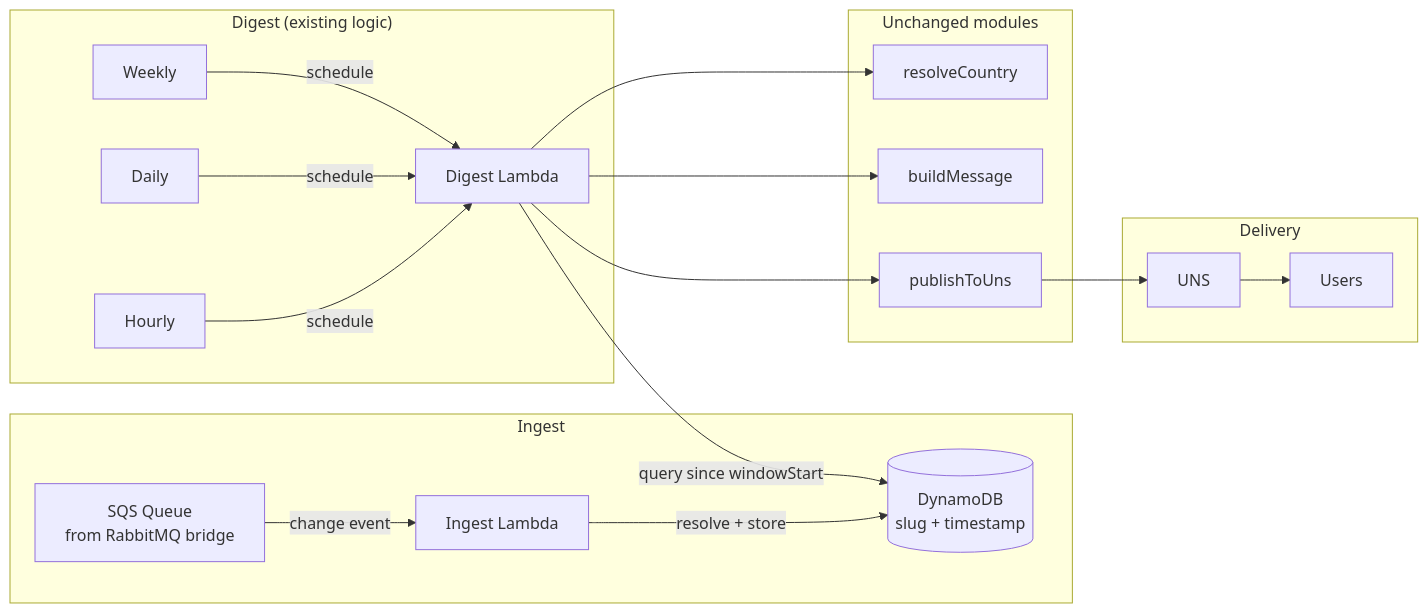
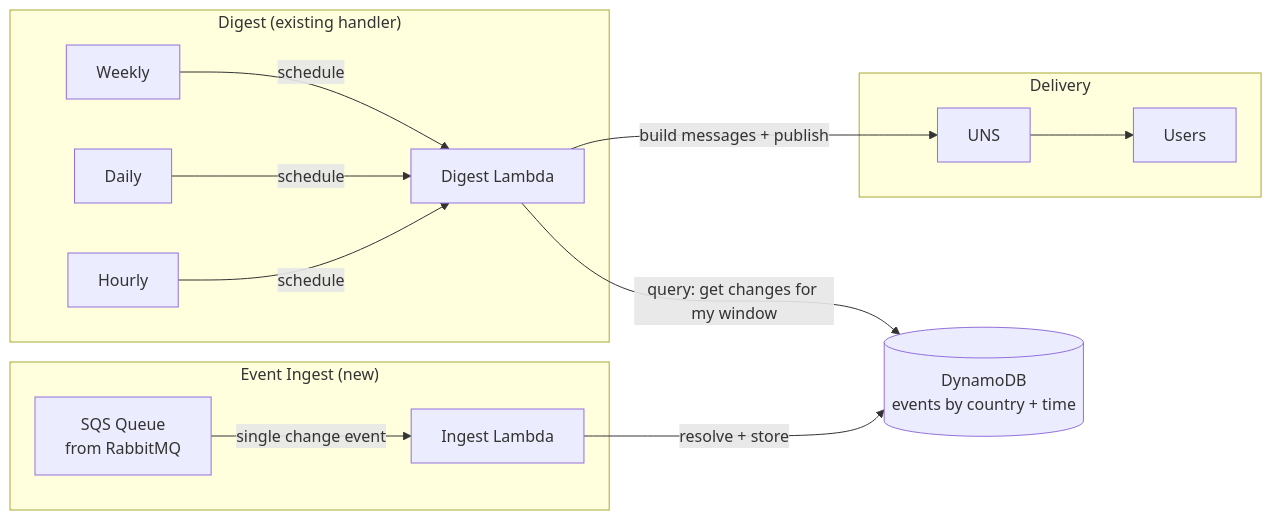
The second of 2 diagrams in README.md (govuk-once/events-aggregator), drawn with Mermaid before and after one commit. The commit also changed other lines of this file, not shown here.

Commit message:
docs: rewrite future architecture — event-sourced DynamoDB pattern
The push model is simpler than originally drawn: events arrive
individually and accumulate in DynamoDB. The digest Lambda replaces
two GOV.UK API calls with one DynamoDB query ("get changes for my
window"). Everything downstream stays identical.

````diff
--- a/README.md
+++ b/README.md
@@ -177,36 +177,29 @@
 ```mermaid
 flowchart LR
-    subgraph Ingest
-        Q[SQS Queue\nfrom RabbitMQ bridge]
+    subgraph "Event Ingest (new)"
+        Q[SQS Queue\nfrom RabbitMQ]
         IL[Ingest Lambda]
-        DB[(DynamoDB\nslug + timestamp)]
     end
 
-    subgraph Digest["Digest (existing logic)"]
-        H2[Hourly]
-        D2[Daily]
-        W2[Weekly]
+    DB[(DynamoDB\nevents by country + time)]
+
+    subgraph "Digest (existing handler)"
+        H[Hourly]
+        D[Daily]
+        W[Weekly]
         DL[Digest Lambda]
-    end
-
-    subgraph Shared["Unchanged modules"]
-        RC[resolveCountry]
-        BM[buildMessage]
-        PU[publishToUns]
     end
 
     subgraph Delivery
         UNS[UNS]
         Users[Users]
     end
 
-    Q -->|change event| IL
+    Q -->|single change event| IL
     IL -->|resolve + store| DB
-    H2 & D2 & W2 -->|schedule| DL
-    DL -->|query since windowStart| DB
-    DL --> RC
-    DL --> BM
-    DL --> PU
-    PU --> UNS
+
+    H & D & W -->|schedule| DL
+    DL -->|"query: get changes for my window"| DB
+    DL -->|build messages + publish| UNS
     UNS --> Users
 ```
````
